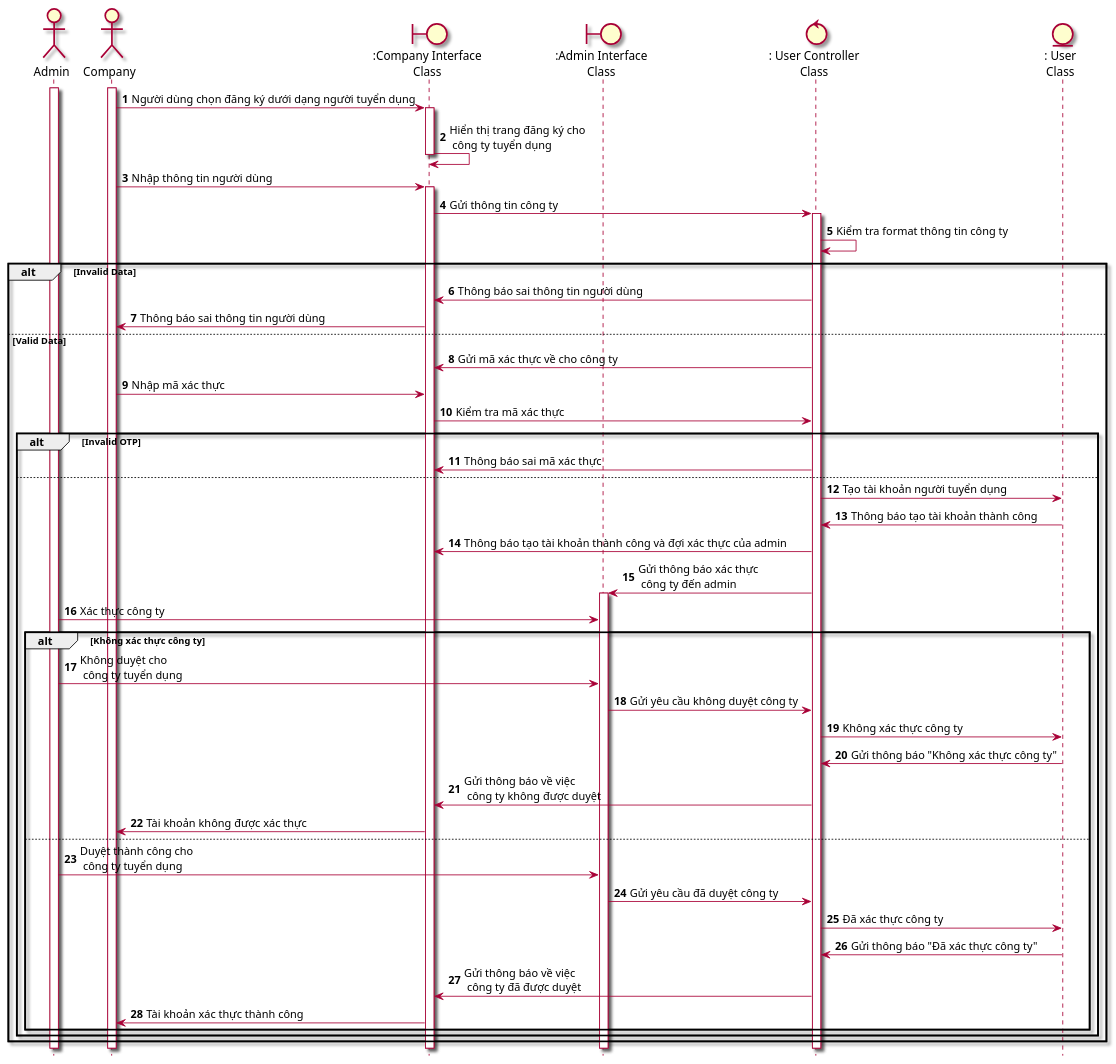
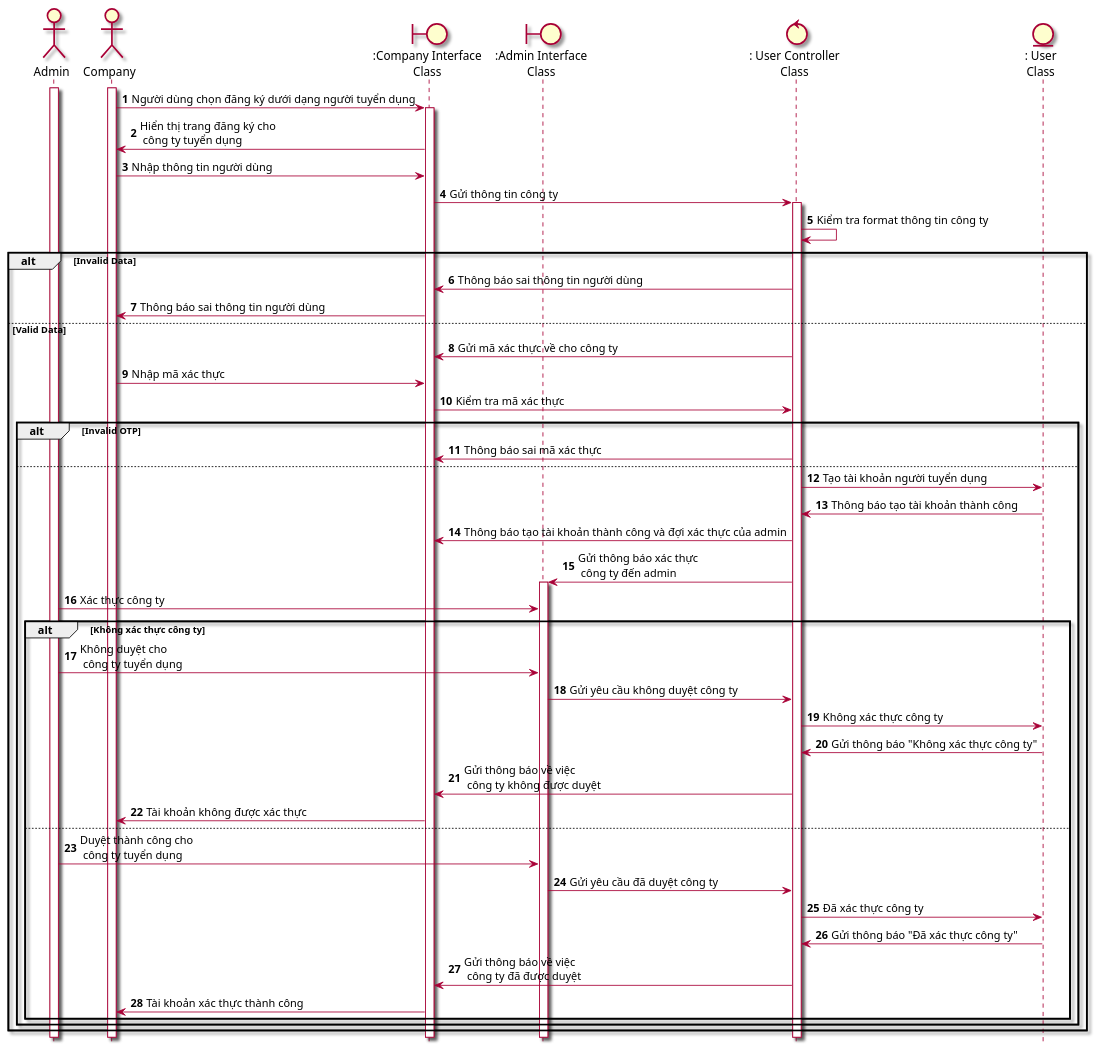
Before and after one commit to Griselda4774/EAS-EmploymentAssistanceSystem: the diagram in Lab1/Lab 1.2 Diagram/Sequence/FilePUML/1.2 SeqDangKy(CongTy).puml, drawn with PlantUML. The commit also changed 12 other files, not shown here.

```diff
--- a/Lab1/Lab 1.2 Diagram/Sequence/FilePUML/1.2 SeqDangKy(CongTy).puml
+++ b/Lab1/Lab 1.2 Diagram/Sequence/FilePUML/1.2 SeqDangKy(CongTy).puml
@@ -1,53 +1,53 @@
 @startuml SeqDangKycompany
 skin rose
 hide footbox
 actor admin as "Admin"
 actor company as "Company"
 boundary ":Company Interface\nClass" as companyInterface
 boundary ":Admin Interface\nClass" as adminInteface
 control ": User Controller\nClass" as userController
 entity User as ": User\nClass" 
 autonumber
 company++
 admin++
 company -> companyInterface++ : Người dùng chọn đăng ký dưới dạng người tuyển dụng 
-companyInterface -> companyInterface-- : Hiển thị trang đăng ký cho\n công ty tuyển dụng
-company -> companyInterface++: Nhập thông tin người dùng
+companyInterface -> company : Hiển thị trang đăng ký cho\n công ty tuyển dụng
+company -> companyInterface: Nhập thông tin người dùng
 companyInterface -> userController++: Gửi thông tin công ty
 userController -> userController: Kiểm tra format thông tin công ty
 
 alt Invalid Data
     userController ->companyInterface: Thông báo sai thông tin người dùng
     companyInterface ->company: Thông báo sai thông tin người dùng
 else Valid Data
     userController -> companyInterface: Gửi mã xác thực về cho công ty
     company -> companyInterface: Nhập mã xác thực 
     companyInterface -> userController: Kiểm tra mã xác thực
     alt Invalid OTP
         userController -> companyInterface : Thông báo sai mã xác thực  
     else
         userController -> User: Tạo tài khoản người tuyển dụng
         User -> userController: Thông báo tạo tài khoản thành công
         userController -> companyInterface: Thông báo tạo tài khoản thành công và đợi xác thực của admin 
         userController -> adminInteface++: Gửi thông báo xác thực\n công ty đến admin
         admin -> adminInteface: Xác thực công ty
         alt Không xác thực công ty
         admin -> adminInteface: Không duyệt cho\n công ty tuyển dụng
         adminInteface -> userController: Gửi yêu cầu không duyệt công ty
         userController -> User: Không xác thực công ty
         User -> userController: Gửi thông báo "Không xác thực công ty"
         userController -> companyInterface: Gửi thông báo về việc\n công ty không được duyệt
         companyInterface -> company: Tài khoản không được xác thực
 
         else
         admin -> adminInteface: Duyệt thành công cho\n công ty tuyển dụng
          adminInteface -> userController: Gửi yêu cầu đã duyệt công ty
         userController -> User: Đã xác thực công ty
         User -> userController: Gửi thông báo "Đã xác thực công ty"
         userController -> companyInterface: Gửi thông báo về việc\n công ty đã được duyệt  
         companyInterface -> company: Tài khoản xác thực thành công
 
         end
     end
 end
 @enduml
```
